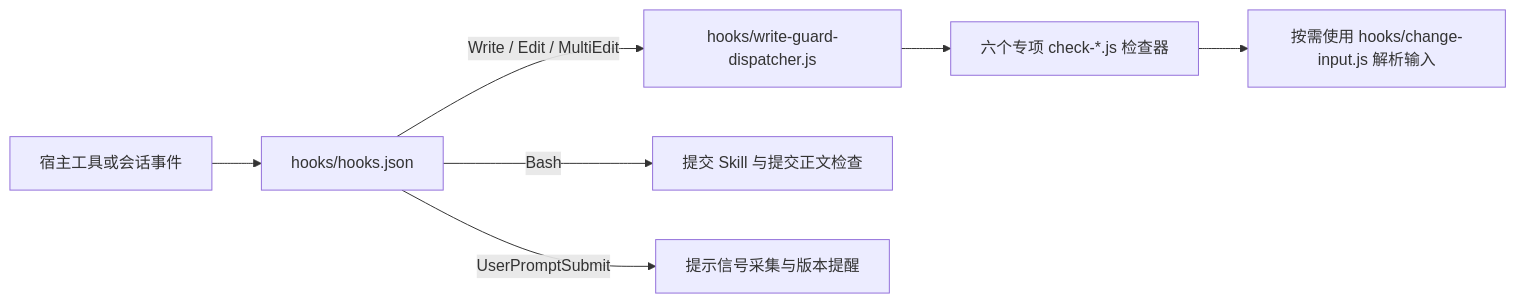
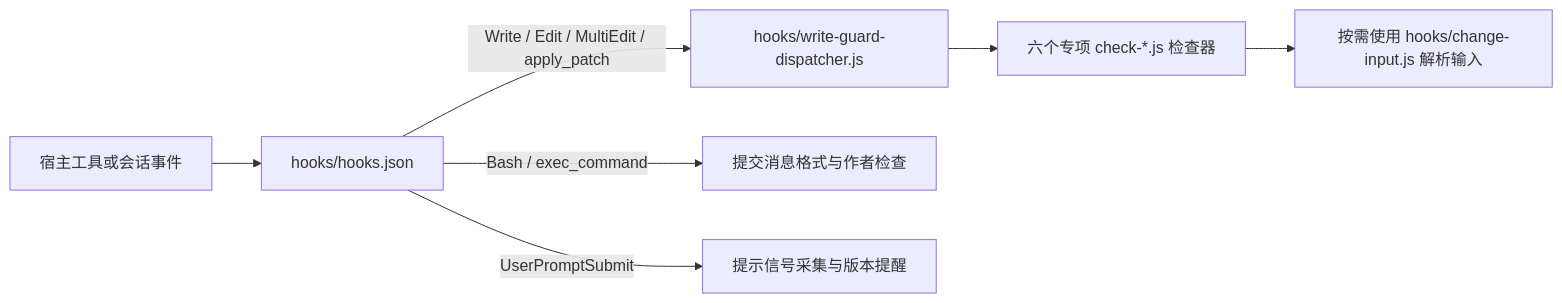
The first of 2 diagrams in docs/skill-flow.md (exception-coder/team-standards), drawn with Mermaid before and after one commit. The commit also changed other lines of this file and 6 other files, not shown here.

First line of the commit message:
docs(workflow): 审查轻量执行并绘制套件流程图

````diff
--- a/docs/skill-flow.md
+++ b/docs/skill-flow.md
@@ -173,9 +185,9 @@
 ```mermaid
 flowchart LR
     HOST["宿主工具或会话事件"] --> CONFIG["hooks/hooks.json"]
-    CONFIG -->|"Write / Edit / MultiEdit"| DISPATCH["hooks/write-guard-dispatcher.js"]
+    CONFIG -->|"Write / Edit / MultiEdit / apply_patch"| DISPATCH["hooks/write-guard-dispatcher.js"]
     DISPATCH --> GUARDS["六个专项 check-*.js 检查器"]
     GUARDS --> INPUT["按需使用 hooks/change-input.js 解析输入"]
-    CONFIG -->|"Bash"| COMMIT["提交 Skill 与提交正文检查"]
+    CONFIG -->|"Bash / exec_command"| COMMIT["提交消息格式与作者检查"]
     CONFIG -->|"UserPromptSubmit"| SIGNAL["提示信号采集与版本提醒"]
 ```
````
